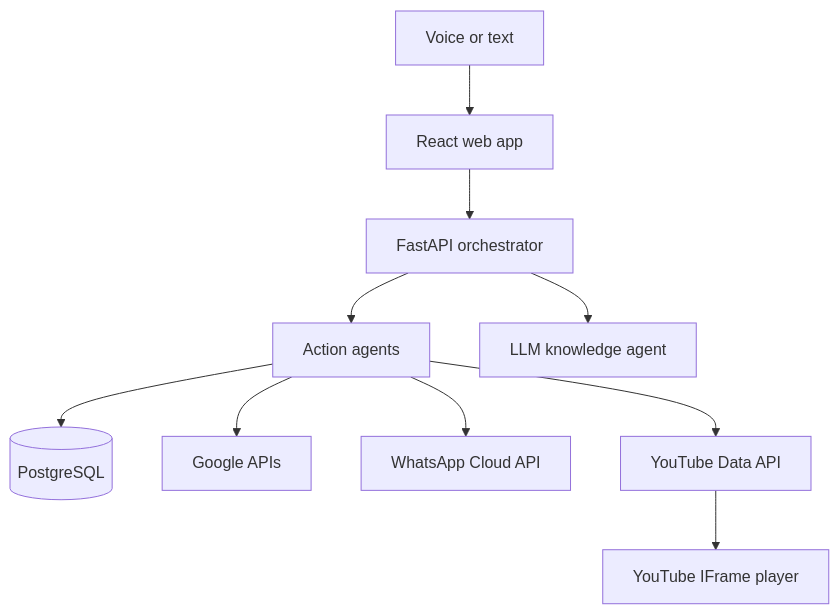
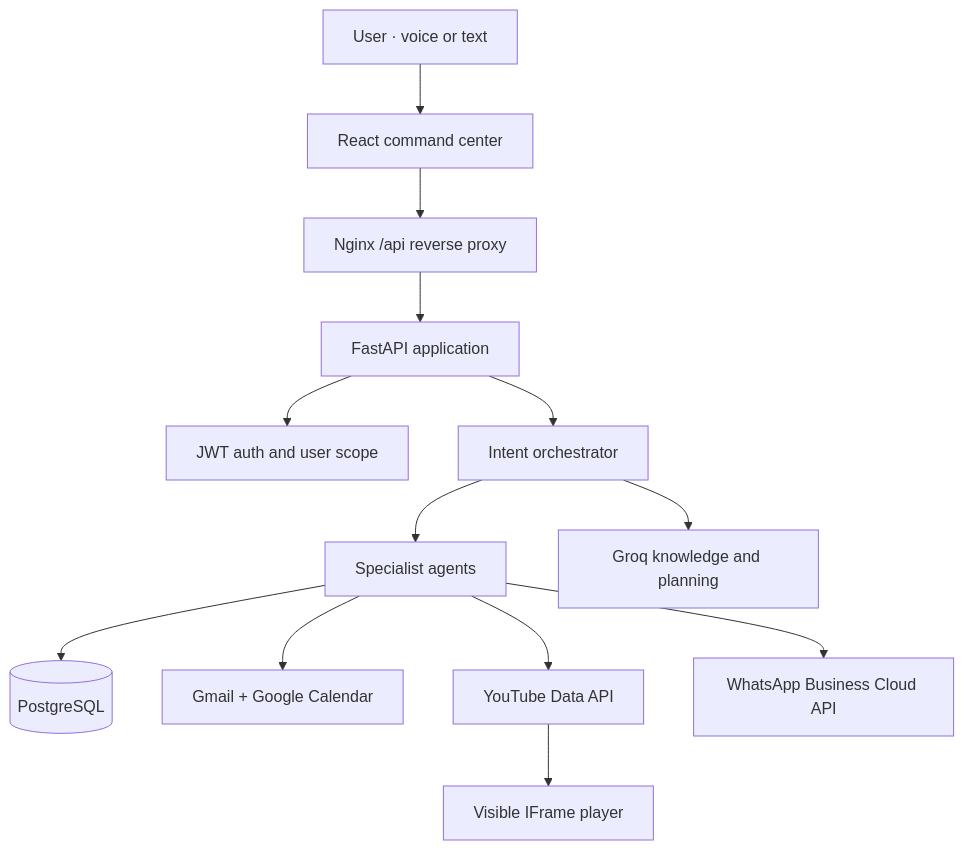
The first of 4 diagrams in README.md (ayushaks9990/LifeOSs), drawn with Mermaid before and after one commit. The commit also changed other lines of this file, not shown here.

````diff
--- a/README.md
+++ b/README.md
@@ -25,12 +75,18 @@
 ```mermaid
 flowchart TB
-    U["Voice or text"] --> W["React web app"]
-    W --> O["FastAPI orchestrator"]
-    O --> A["Action agents"]
-    O --> L["LLM knowledge agent"]
-    A --> D[("PostgreSQL")]
-    A --> G["Google APIs"]
-    A --> M["WhatsApp Cloud API"]
-    A --> Y["YouTube Data API"]
-    Y --> P["YouTube IFrame player"]
+    User["User · voice or text"] --> Web["React command center"]
+    Web --> Proxy["Nginx /api reverse proxy"]
+    Proxy --> API["FastAPI application"]
+    API --> Auth["JWT auth and user scope"]
+    API --> Router["Intent orchestrator"]
+
+    Router --> Agents["Specialist agents"]
+    Router --> LLM["Groq knowledge and planning"]
+
+    Agents --> DB[("PostgreSQL")]
+    Agents --> Google["Gmail + Google Calendar"]
+    Agents --> YouTube["YouTube Data API"]
+    Agents --> WhatsApp["WhatsApp Business Cloud API"]
+
+    YouTube --> Player["Visible IFrame player"]
 ```
````
